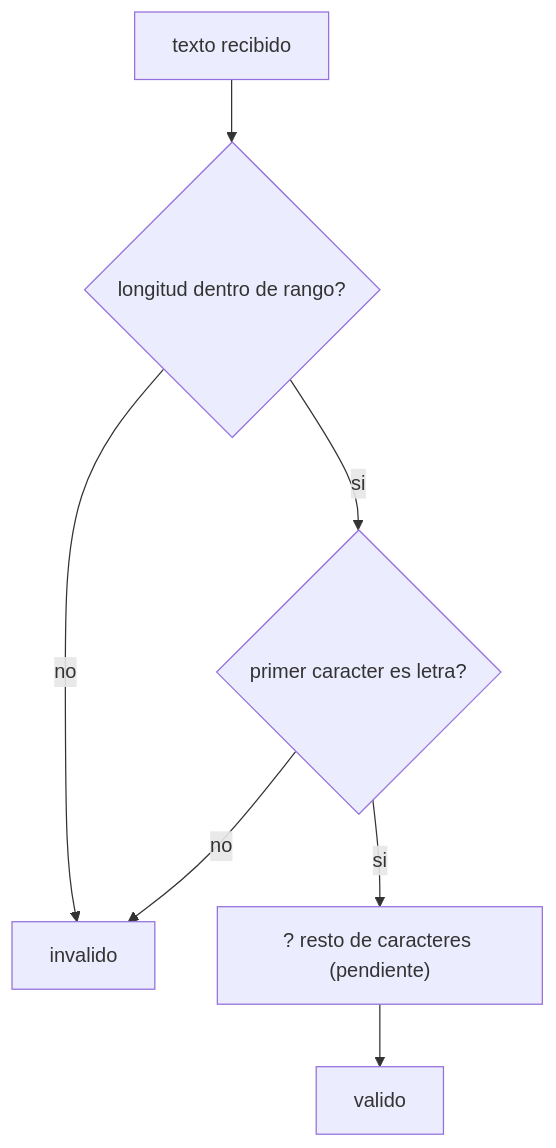
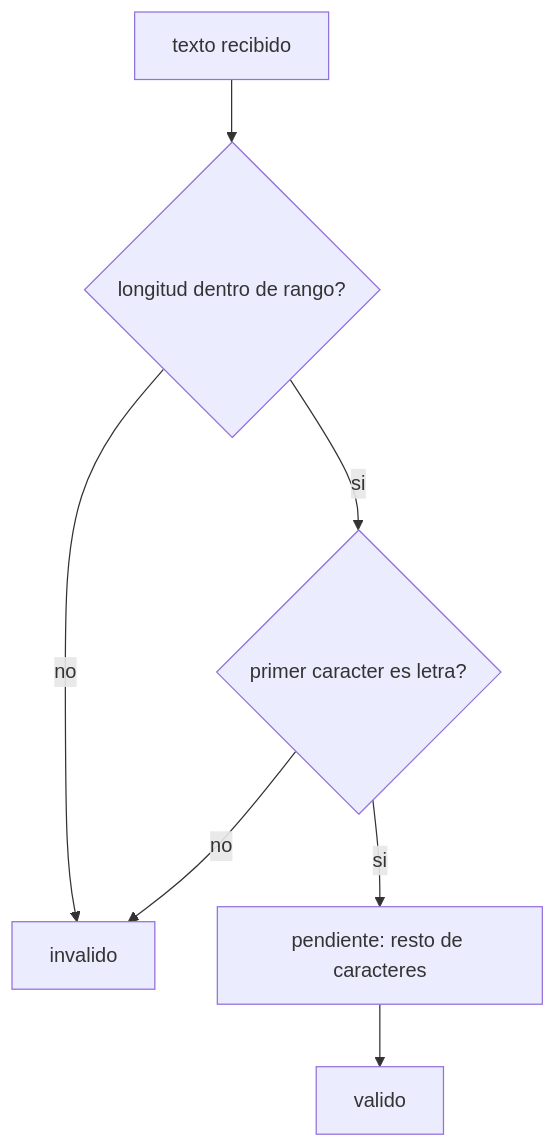
Before and after one commit to edpodev/IPC1-2S-2026: the diagram in GuiaParaConstruirProgramas/Practica1/02_comparacion_de_cadenas_y_validaciones/README.md, drawn with Mermaid. The commit also changed 16 other files, not shown here.

````diff
--- a/GuiaParaConstruirProgramas/Practica1/02_comparacion_de_cadenas_y_validaciones/README.md
+++ b/GuiaParaConstruirProgramas/Practica1/02_comparacion_de_cadenas_y_validaciones/README.md
@@ -14,9 +14,9 @@
 ```mermaid
 flowchart TD
-    A[texto recibido] --> B{longitud dentro de rango?}
-    B -- no --> Z[invalido]
-    B -- si --> C{primer caracter es letra?}
+    A["texto recibido"] --> B{"longitud dentro de rango?"}
+    B -- no --> Z["invalido"]
+    B -- si --> C{"primer caracter es letra?"}
     C -- no --> Z
-    C -- si --> D["? resto de caracteres (pendiente)"]
-    D --> V[valido]
+    C -- si --> D["pendiente: resto de caracteres"]
+    D --> V["valido"]
 ```
````
